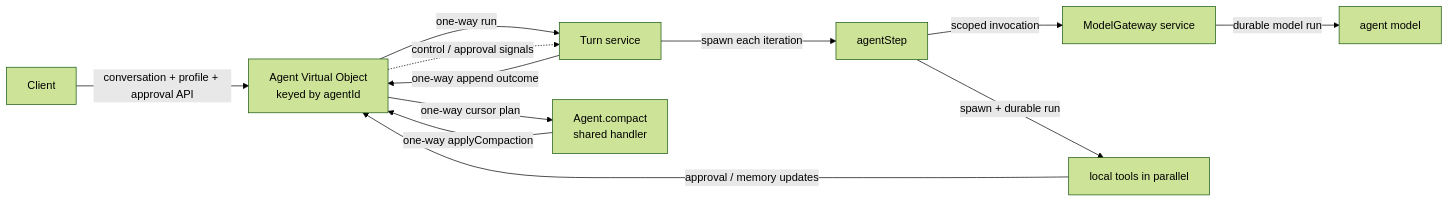
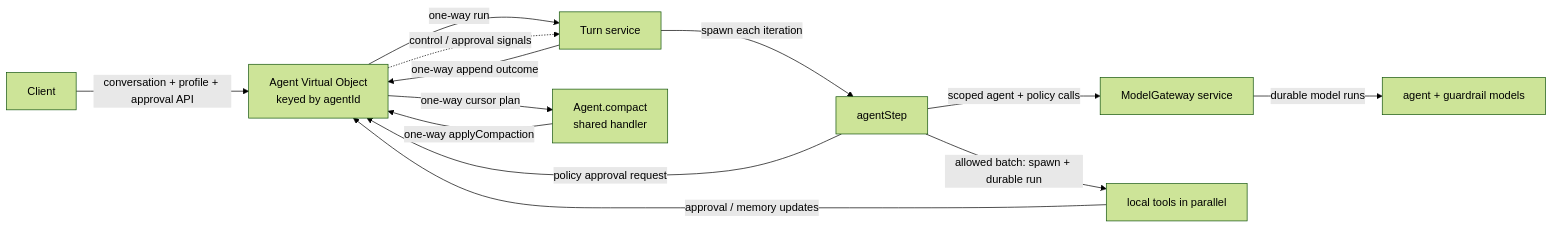
One commit to restatedev/agent changed the diagram in README.md. Above: the diagram before and after it, drawn with Mermaid (forest theme). The commit also changed other lines of this file and 10 other files, not shown here.

````diff
--- a/README.md
+++ b/README.md
@@ -7,14 +7,15 @@
 ```mermaid
 flowchart LR
   Client -->|"conversation + profile + approval API"| Agent["Agent Virtual Object\nkeyed by agentId"]
   Agent -->|"one-way run"| Turn["Turn service"]
   Agent -.->|"control / approval signals"| Turn
   Turn -->|"spawn each iteration"| Step["agentStep"]
-  Step -->|"scoped invocation"| Gateway["ModelGateway service"]
-  Gateway -->|"durable model run"| Model["agent model"]
-  Step -->|"spawn + durable run"| Tools["local tools in parallel"]
+  Step -->|"scoped agent + policy calls"| Gateway["ModelGateway service"]
+  Gateway -->|"durable model runs"| Model["agent + guardrail models"]
+  Step -->|"allowed batch: spawn + durable run"| Tools["local tools in parallel"]
+  Step -->|"policy approval request"| Agent
   Tools -->|"approval / memory updates"| Agent
   Turn -->|"one-way append outcome"| Agent
   Agent -->|"one-way cursor plan"| Compactor["Agent.compact\nshared handler"]
   Compactor -->|"one-way applyCompaction"| Agent
 ```
````
